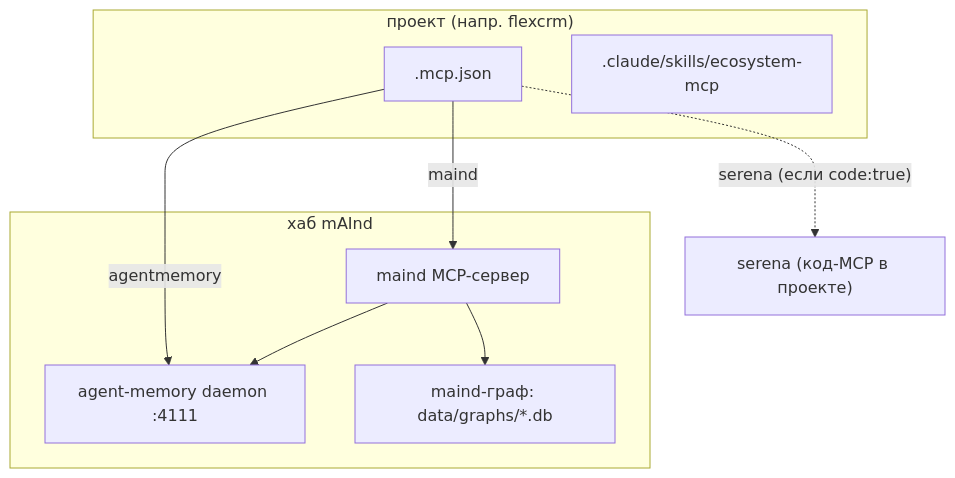
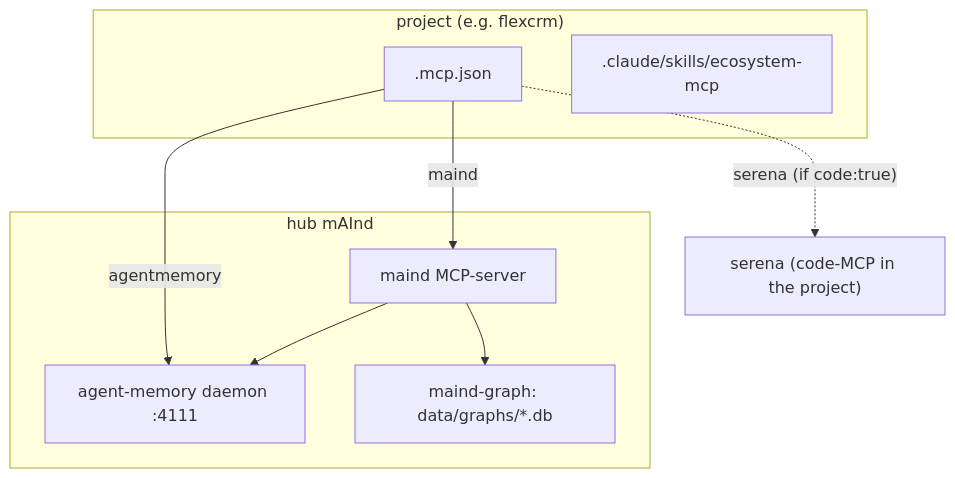
Before and after one commit to academici/swissknifeman: the first of 4 diagrams in packages/maind/docs/guide/how-it-works.md, drawn with Mermaid. The commit also changed other lines of this file and 1553 other files, not shown here.

````diff
--- a/packages/maind/docs/guide/how-it-works.md
+++ b/packages/maind/docs/guide/how-it-works.md
@@ -37,18 +37,18 @@
 ```mermaid
 graph TB
-  subgraph proj["проект (напр. flexcrm)"]
+  subgraph proj["project (e.g. flexcrm)"]
     MCPJSON[".mcp.json"]
     SKILL[".claude/skills/ecosystem-mcp"]
   end
-  subgraph hub["хаб mAInd"]
+  subgraph hub["hub mAInd"]
     MEM["agent-memory daemon :4111"]
-    GR["maind-граф: data/graphs/*.db"]
-    SRV["maind MCP-сервер"]
+    GR["maind-graph: data/graphs/*.db"]
+    SRV["maind MCP-server"]
   end
-  GFY["serena (код-MCP в проекте)"]
+  GFY["serena (code-MCP in the project)"]
   MCPJSON -- "agentmemory" --> MEM
   MCPJSON -- "maind" --> SRV
-  MCPJSON -. "serena (если code:true)" .-> GFY
+  MCPJSON -. "serena (if code:true)" .-> GFY
   SRV --> GR
   SRV --> MEM
 ```
````
